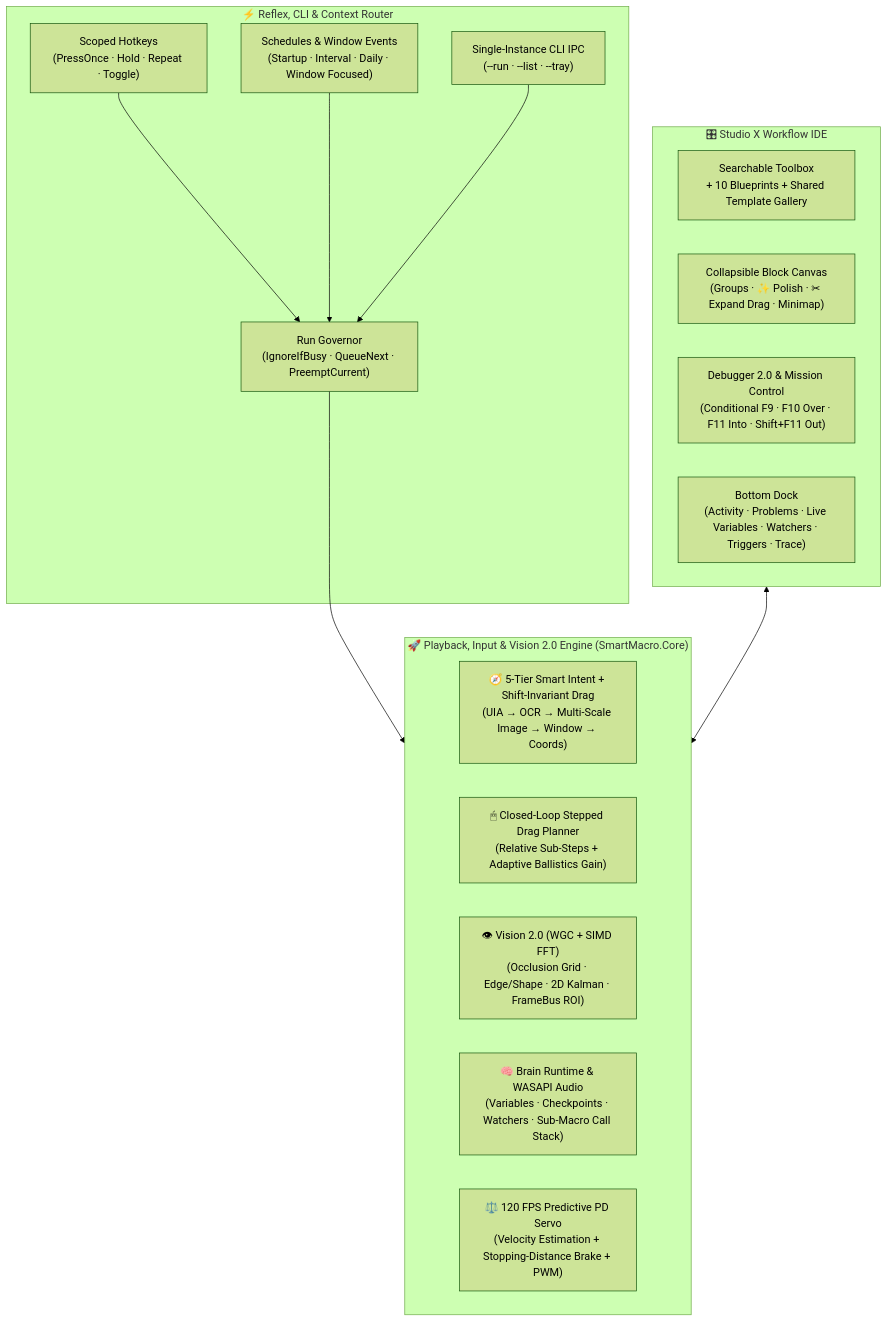
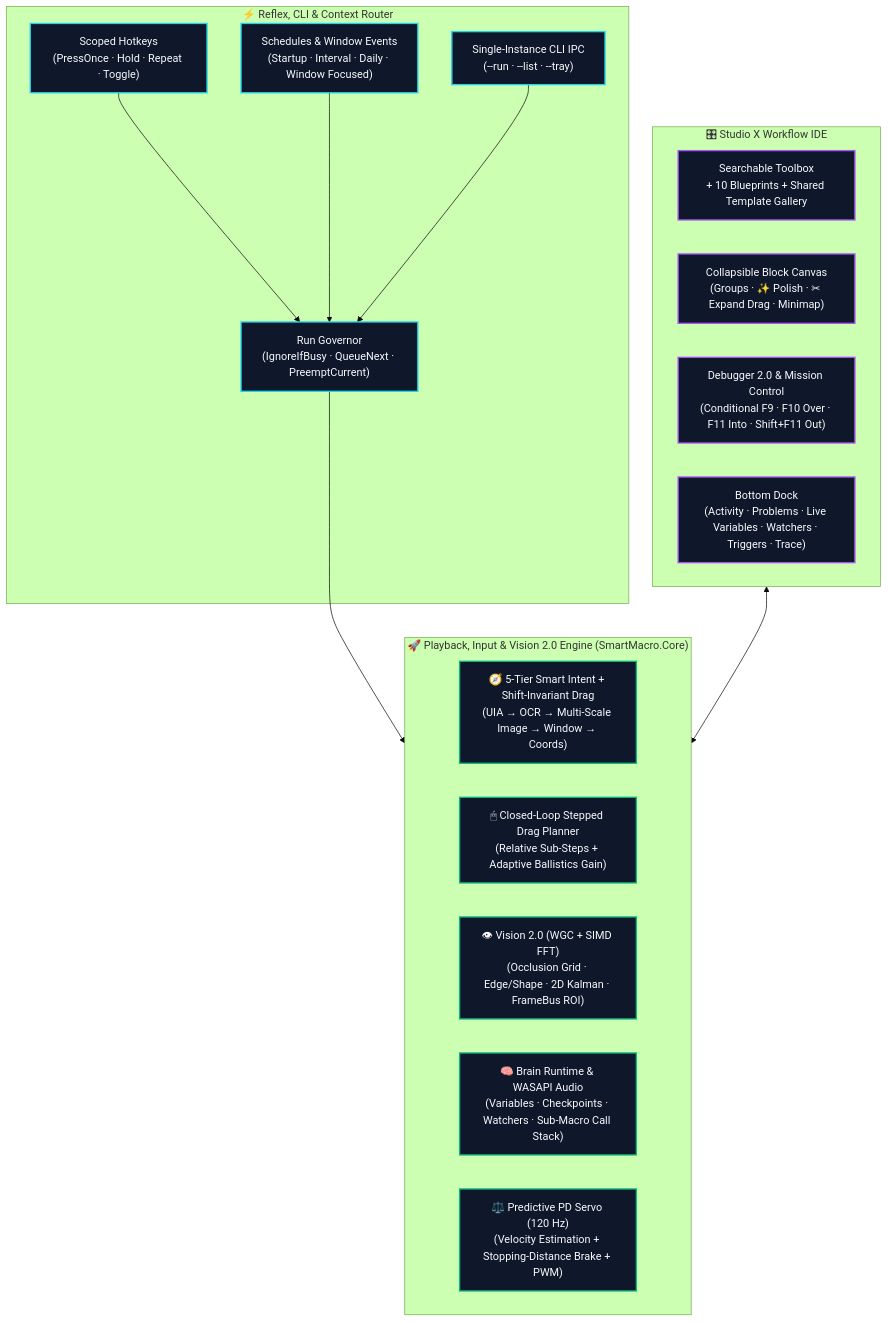
Before and after one commit to nenesakura-39/SmartMacro: the diagram in README.md, drawn with Mermaid (forest theme). The commit also changed other lines of this file and 3 other files, not shown here.

````diff
--- a/README.md
+++ b/README.md
@@ -183,28 +250,32 @@
 ```mermaid
 flowchart TB
+    classDef trigger fill:#0f172a,stroke:#22d3ee,stroke-width:2px,color:#f8fafc
+    classDef studio fill:#0f172a,stroke:#a855f7,stroke-width:2px,color:#f8fafc
+    classDef engine fill:#0f172a,stroke:#10b981,stroke-width:2px,color:#f8fafc
+
     subgraph Triggers["⚡ Reflex, CLI & Context Router"]
-        HK["Scoped Hotkeys\n(PressOnce · Hold · Repeat · Toggle)"]
-        SCHED["Schedules & Window Events\n(Startup · Interval · Daily · Window Focused)"]
-        CLI["Single-Instance CLI IPC\n(--run · --list · --tray)"]
-        GOV["Run Governor\n(IgnoreIfBusy · QueueNext · PreemptCurrent)"]
+        HK["Scoped Hotkeys\n(PressOnce · Hold · Repeat · Toggle)"]:::trigger
+        SCHED["Schedules & Window Events\n(Startup · Interval · Daily · Window Focused)"]:::trigger
+        CLI["Single-Instance CLI IPC\n(--run · --list · --tray)"]:::trigger
+        GOV["Run Governor\n(IgnoreIfBusy · QueueNext · PreemptCurrent)"]:::trigger
         HK & SCHED & CLI --> GOV
     end
 
     subgraph Studio["🎛 Studio X Workflow IDE"]
-        TB["Searchable Toolbox\n+ 10 Blueprints + Shared Template Gallery"]
-        CANVAS["Collapsible Block Canvas\n(Groups · ✨ Polish · ✂ Expand Drag · Minimap)"]
-        DBG["Debugger 2.0 & Mission Control\n(Conditional F9 · F10 Over · F11 Into · Shift+F11 Out)"]
-        DOCK["Bottom Dock\n(Activity · Problems · Live Variables · Watchers · Triggers · Trace)"]
+        TB["Searchable Toolbox\n+ 10 Blueprints + Shared Template Gallery"]:::studio
+        CANVAS["Collapsible Block Canvas\n(Groups · ✨ Polish · ✂ Expand Drag · Minimap)"]:::studio
+        DBG["Debugger 2.0 & Mission Control\n(Conditional F9 · F10 Over · F11 Into · Shift+F11 Out)"]:::studio
+        DOCK["Bottom Dock\n(Activity · Problems · Live Variables · Watchers · Triggers · Trace)"]:::studio
     end
 
     subgraph Engine["🚀 Playback, Input & Vision 2.0 Engine (SmartMacro.Core)"]
-        INTENT["🧭 5-Tier Smart Intent + Shift-Invariant Drag\n(UIA → OCR → Multi-Scale Image → Window → Coords)"]
-        DRAG["🖱 Closed-Loop Stepped Drag Planner\n(Relative Sub-Steps + Adaptive Ballistics Gain)"]
-        VISION["👁 Vision 2.0 (WGC + SIMD FFT)\n(Occlusion Grid · Edge/Shape · 2D Kalman · FrameBus ROI)"]
-        BRAIN["🧠 Brain Runtime & WASAPI Audio\n(Variables · Checkpoints · Watchers · Sub-Macro Call Stack)"]
-        SERVO["⚖️ 120 FPS Predictive PD Servo\n(Velocity Estimation + Stopping-Distance Brake + PWM)"]
+        INTENT["🧭 5-Tier Smart Intent + Shift-Invariant Drag\n(UIA → OCR → Multi-Scale Image → Window → Coords)"]:::engine
+        DRAG["🖱 Closed-Loop Stepped Drag Planner\n(Relative Sub-Steps + Adaptive Ballistics Gain)"]:::engine
+        VISION["👁 Vision 2.0 (WGC + SIMD FFT)\n(Occlusion Grid · Edge/Shape · 2D Kalman · FrameBus ROI)"]:::engine
+        BRAIN["🧠 Brain Runtime & WASAPI Audio\n(Variables · Checkpoints · Watchers · Sub-Macro Call Stack)"]:::engine
+        SERVO["⚖️ Predictive PD Servo (120 Hz)\n(Velocity Estimation + Stopping-Distance Brake + PWM)"]:::engine
     end
 
     GOV --> Engine
     Studio <--> Engine
 ```
````
